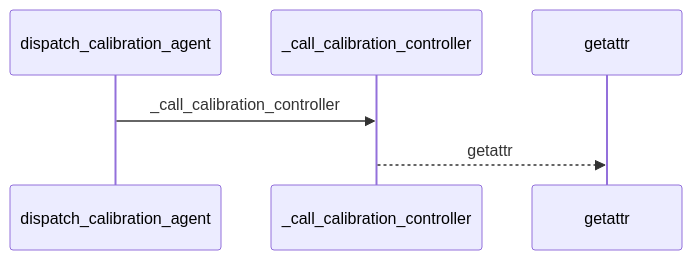
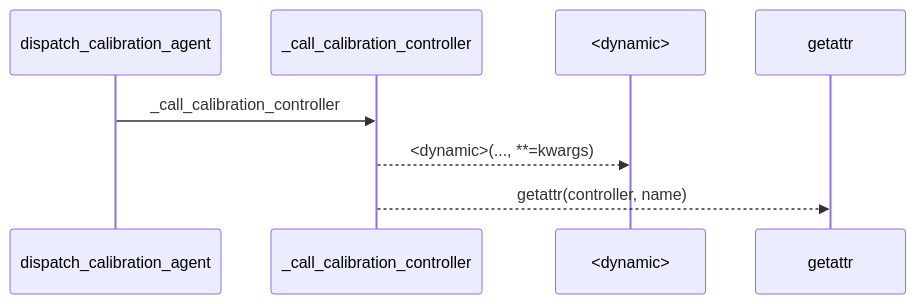
The first of 2 diagrams in docs/llm_wiki/flows/api-dispatch_calibration_agent-api.md (Denissvgn/python-wiki-llm), drawn with Mermaid before and after one commit. The commit also changed other lines of this file and 1410 other files, not shown here.

````diff
--- a/docs/llm_wiki/flows/api-dispatch_calibration_agent-api.md
+++ b/docs/llm_wiki/flows/api-dispatch_calibration_agent-api.md
@@ -10,8 +12,10 @@
 ```mermaid
 sequenceDiagram
     participant p0 as dispatch_calibration_agent
     participant p1 as _call_calibration_controller
-    participant p2 as getattr
+    participant p2 as <dynamic>
+    participant p3 as getattr
     p0->>p1: _call_calibration_controller
-    p1-->>p2: getattr
+    p1-->>p2: <dynamic>(..., **=kwargs)
+    p1-->>p3: getattr(controller, name)
 ```
````
